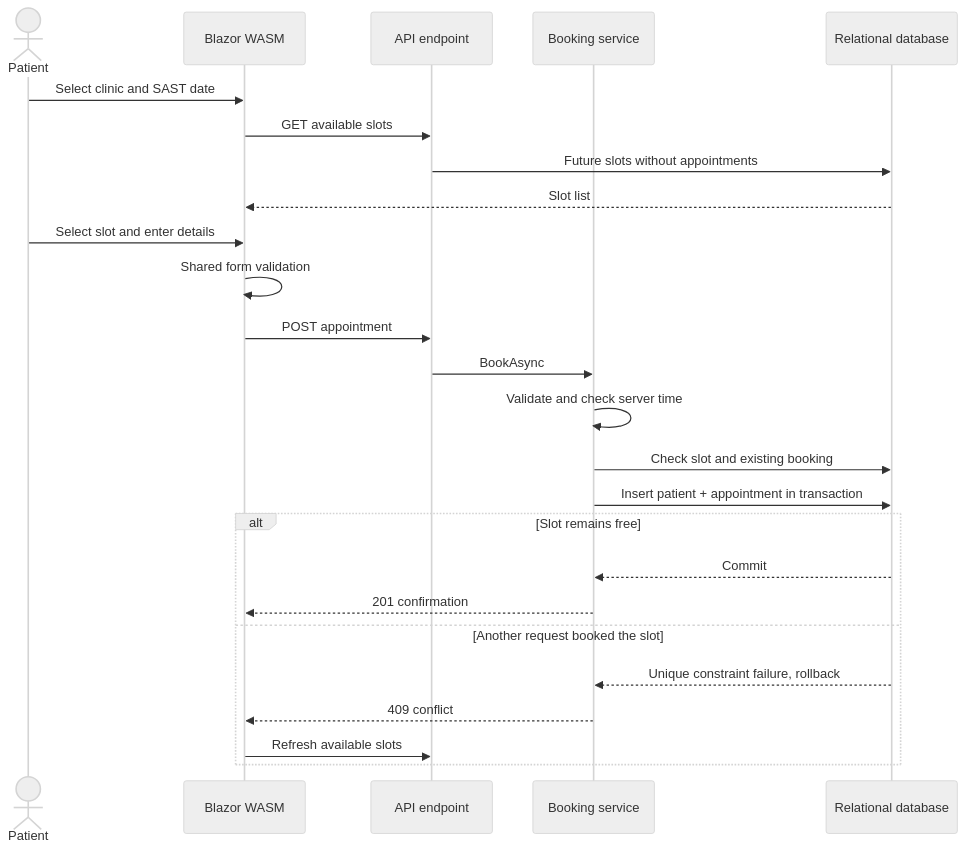
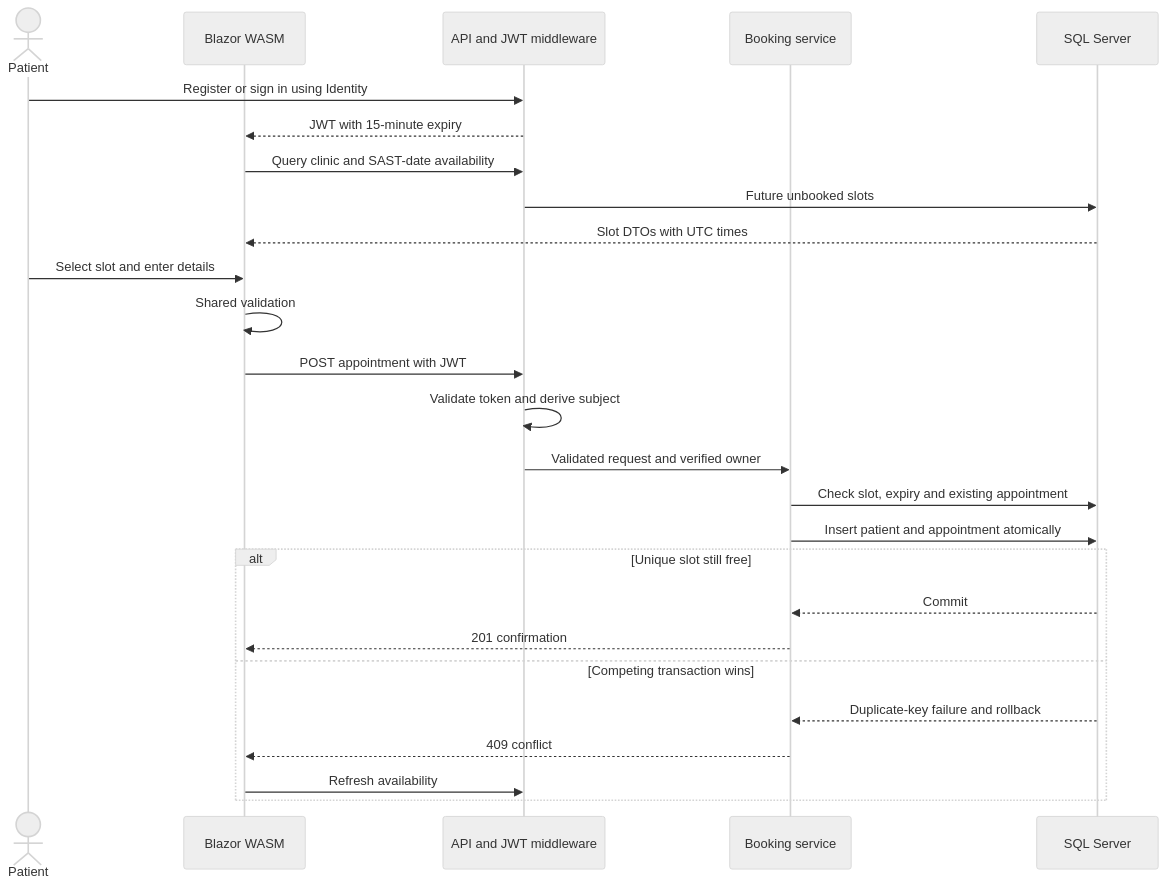
One commit to mabuselamelboure-arch/PHCIS-Clinic-Booking-System changed the third of 3 diagrams in docs/Design.md. Above: the diagram before and after it, drawn with Mermaid (neutral theme). The commit also changed other lines of this file and 21 other files, not shown here.

Commit message:
Verify Chromium booking workflow and fix validation layout shift

````diff
--- a/docs/Design.md
+++ b/docs/Design.md
@@ -57,27 +64,28 @@
 ```mermaid
 sequenceDiagram
     actor Patient
     participant UI as Blazor WASM
-    participant API as API endpoint
+    participant API as API and JWT middleware
     participant Service as Booking service
-    participant DB as Relational database
-    Patient->>UI: Select clinic and SAST date
-    UI->>API: GET available slots
-    API->>DB: Future slots without appointments
-    DB-->>UI: Slot list
+    participant DB as SQL Server
+    Patient->>API: Register or sign in using Identity
+    API-->>UI: JWT with 15-minute expiry
+    UI->>API: Query clinic and SAST-date availability
+    API->>DB: Future unbooked slots
+    DB-->>UI: Slot DTOs with UTC times
     Patient->>UI: Select slot and enter details
-    UI->>UI: Shared form validation
-    UI->>API: POST appointment
-    API->>Service: BookAsync
-    Service->>Service: Validate and check server time
-    Service->>DB: Check slot and existing booking
-    Service->>DB: Insert patient + appointment in transaction
-    alt Slot remains free
+    UI->>UI: Shared validation
+    UI->>API: POST appointment with JWT
+    API->>API: Validate token and derive subject
+    API->>Service: Validated request and verified owner
+    Service->>DB: Check slot, expiry and existing appointment
+    Service->>DB: Insert patient and appointment atomically
+    alt Unique slot still free
         DB-->>Service: Commit
         Service-->>UI: 201 confirmation
-    else Another request booked the slot
-        DB-->>Service: Unique constraint failure, rollback
+    else Competing transaction wins
+        DB-->>Service: Duplicate-key failure and rollback
         Service-->>UI: 409 conflict
-        UI->>API: Refresh available slots
+        UI->>API: Refresh availability
     end
 ```
````
